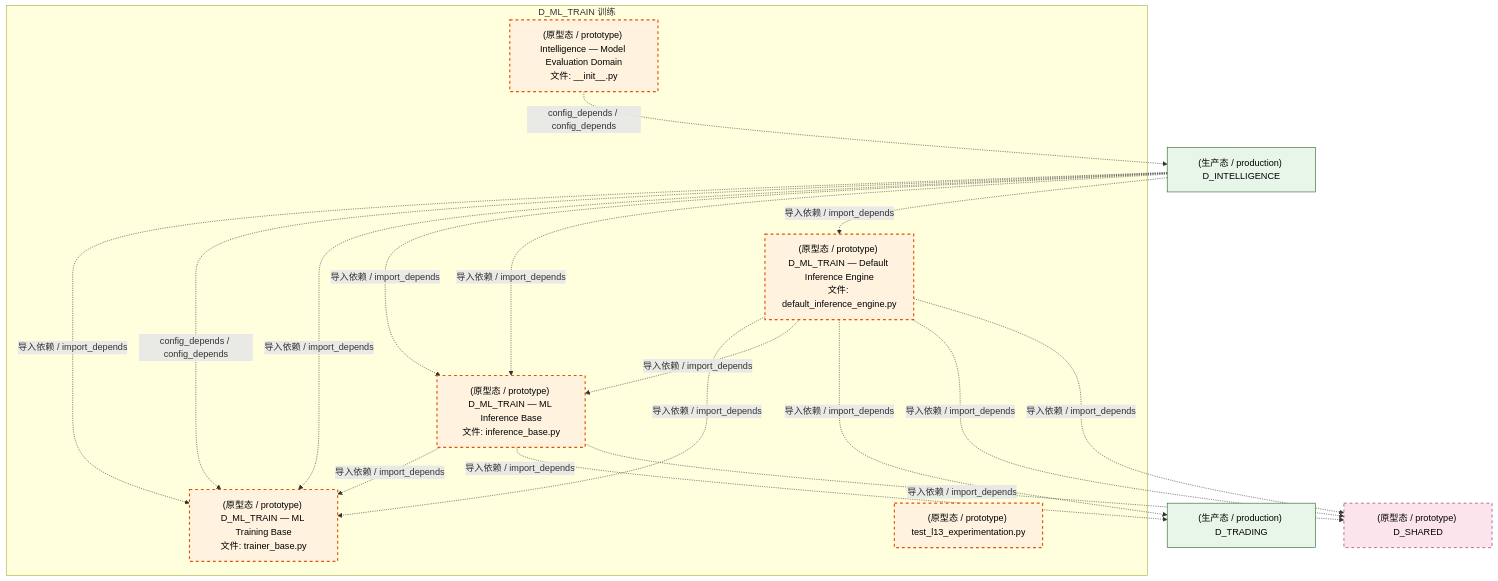
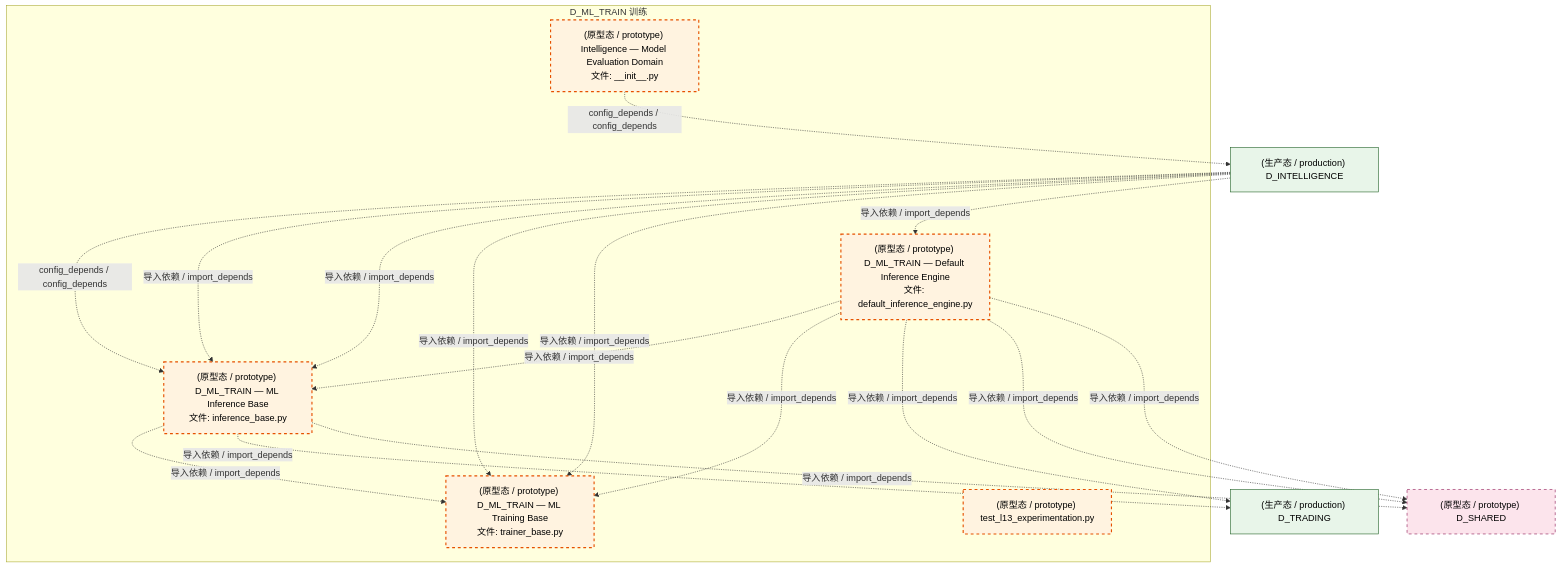
Before and after one commit to xuanFelixVan/ZephyrAlpha: the third of 4 diagrams in docs/02_enterprise_architecture/02_domain_architecture_docs/50_d_ml_train.md, drawn with Mermaid. The commit also changed other lines of this file and 126 other files, not shown here.

````diff
--- a/docs/02_enterprise_architecture/02_domain_architecture_docs/50_d_ml_train.md
+++ b/docs/02_enterprise_architecture/02_domain_architecture_docs/50_d_ml_train.md
@@ -137,35 +137,35 @@
 ```mermaid
 graph TD
     subgraph D_ML_TRAIN["D_ML_TRAIN 训练"]
         src_zephyr_intelligence_model_evaluation_init_py["(原型态 / prototype) Intelligence — Model Evaluation Domain<br/>文件: __init__.py"]
         src_zephyr_ml_train_implementations_default_inference_engine_py["(原型态 / prototype) D_ML_TRAIN — Default Inference Engine<br/>文件: default_inference_engine.py"]
         src_zephyr_ml_train_inference_base_py["(原型态 / prototype) D_ML_TRAIN — ML Inference Base<br/>文件: inference_base.py"]
         src_zephyr_ml_train_trainer_base_py["(原型态 / prototype) D_ML_TRAIN — ML Training Base<br/>文件: trainer_base.py"]
         tests_ml_experiment_test_l13_experimentation_py["(原型态 / prototype) test_l13_experimentation.py"]
     end
     src_zephyr_ml_train_inference_base_py -.->|导入依赖 / import_depends| src_zephyr_ml_train_trainer_base_py
+    src_zephyr_ml_train_implementations_default_inference_engine_py -.->|导入依赖 / import_depends| src_zephyr_ml_train_inference_base_py
     src_zephyr_ml_train_implementations_default_inference_engine_py -.->|导入依赖 / import_depends| src_zephyr_ml_train_trainer_base_py
-    src_zephyr_ml_train_implementations_default_inference_engine_py -.->|导入依赖 / import_depends| src_zephyr_ml_train_inference_base_py
     D_INTELLIGENCE["(生产态 / production) D_INTELLIGENCE"]
     src_zephyr_intelligence_model_evaluation_init_py -.->|config_depends / config_depends| D_INTELLIGENCE
     D_TRADING["(生产态 / production) D_TRADING"]
     src_zephyr_ml_train_inference_base_py -.->|导入依赖 / import_depends| D_TRADING
     D_SHARED["(原型态 / prototype) D_SHARED"]
     src_zephyr_ml_train_inference_base_py -.->|导入依赖 / import_depends| D_SHARED
     src_zephyr_ml_train_implementations_default_inference_engine_py -.->|导入依赖 / import_depends| D_TRADING
     src_zephyr_ml_train_implementations_default_inference_engine_py -.->|导入依赖 / import_depends| D_SHARED
     src_zephyr_ml_train_implementations_default_inference_engine_py -.->|导入依赖 / import_depends| D_SHARED
-    D_INTELLIGENCE -.->|导入依赖 / import_depends| src_zephyr_ml_train_trainer_base_py
-    D_INTELLIGENCE -.->|config_depends / config_depends| src_zephyr_ml_train_trainer_base_py
-    D_INTELLIGENCE -.->|导入依赖 / import_depends| src_zephyr_ml_train_trainer_base_py
+    D_INTELLIGENCE -.->|config_depends / config_depends| src_zephyr_ml_train_inference_base_py
     D_INTELLIGENCE -.->|导入依赖 / import_depends| src_zephyr_ml_train_inference_base_py
     D_INTELLIGENCE -.->|导入依赖 / import_depends| src_zephyr_ml_train_inference_base_py
+    D_INTELLIGENCE -.->|导入依赖 / import_depends| src_zephyr_ml_train_trainer_base_py
+    D_INTELLIGENCE -.->|导入依赖 / import_depends| src_zephyr_ml_train_trainer_base_py
     D_INTELLIGENCE -.->|导入依赖 / import_depends| src_zephyr_ml_train_implementations_default_inference_engine_py
     classDef production fill:#e1f5fe,stroke:#01579b,stroke-width:2px,color:#000
     classDef design fill:#fff3e0,stroke:#e65100,stroke-width:2px,color:#000,stroke-dasharray: 5 5
     classDef external_prod fill:#e8f5e9,stroke:#1b5e20,stroke-width:1px,color:#000
     classDef external_design fill:#fce4ec,stroke:#880e4f,stroke-width:1px,color:#000,stroke-dasharray: 5 5
     class src_zephyr_intelligence_model_evaluation_init_py,src_zephyr_ml_train_implementations_default_inference_engine_py,src_zephyr_ml_train_inference_base_py,src_zephyr_ml_train_trainer_base_py,tests_ml_experiment_test_l13_experimentation_py design
     class D_INTELLIGENCE,D_TRADING external_prod
     class D_SHARED external_design
 ```
````
